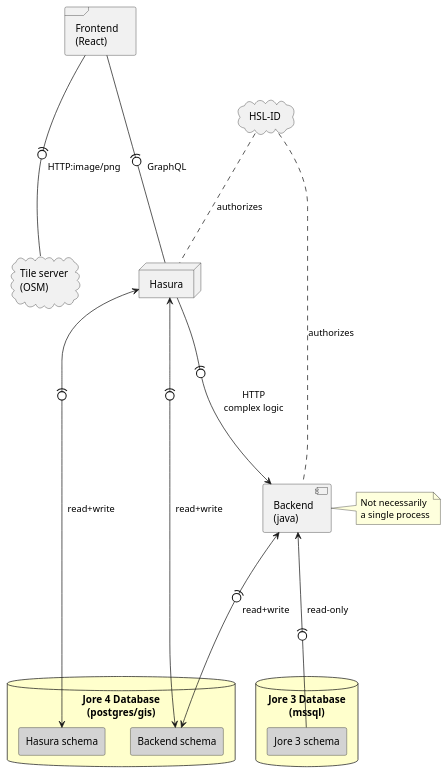
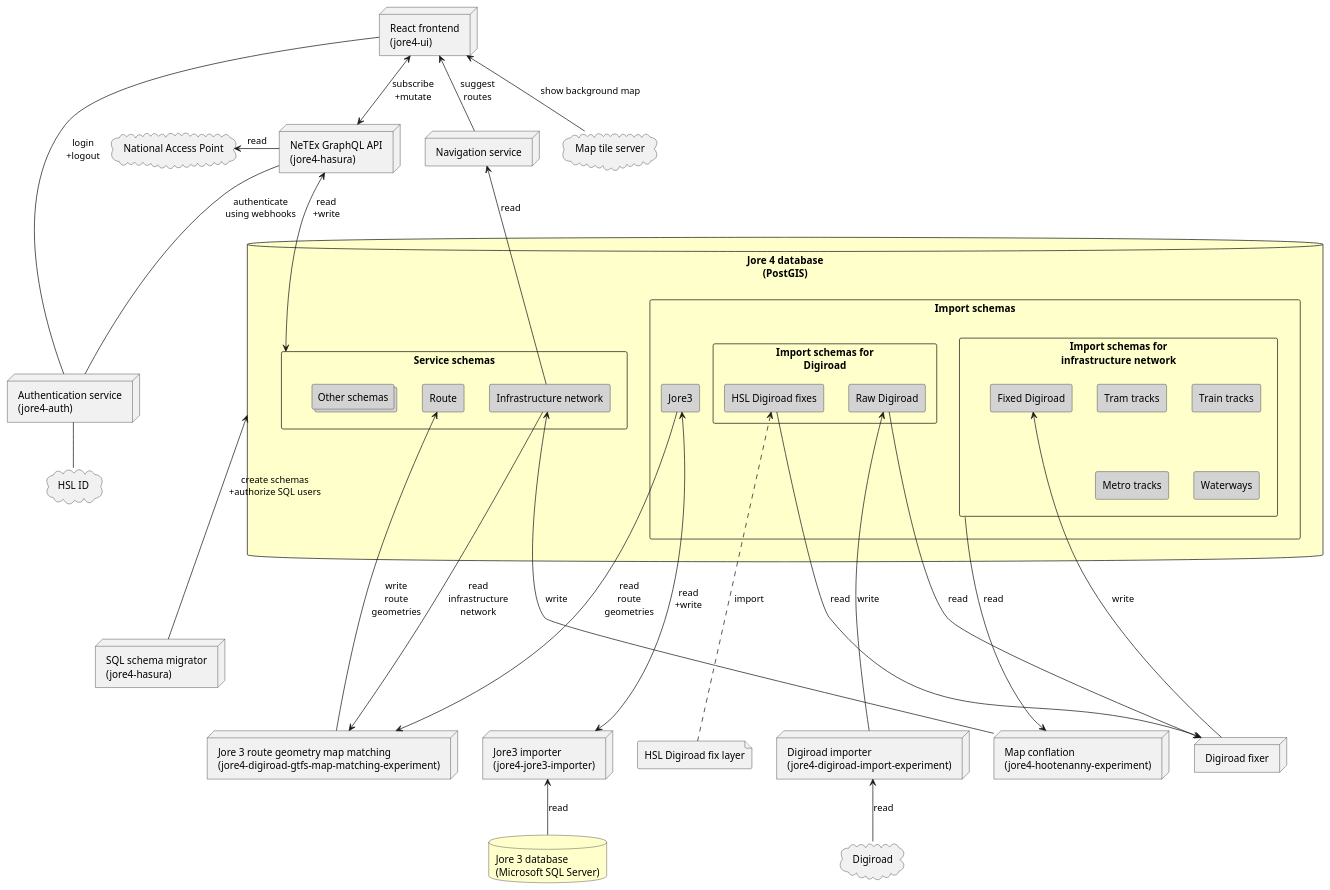
The diagram in wiki/images/architecture.puml (HSLdevcom/jore4), drawn with PlantUML before and after one commit. The commit also changed 1 other file, not shown here.

Commit message:
Update architecture diagram

```diff
--- a/wiki/images/architecture.puml
+++ b/wiki/images/architecture.puml
@@ -1,42 +1,89 @@
 @startuml
-'https://plantuml.com/deployment-diagram
 
-database "Jore 4 Database\n(postgres/gis)" as db #business {
-    rectangle "Hasura schema" as hasuraschema #lightgray
-    rectangle "Backend schema" as backendschema #lightgray
+' Relevant documentation:
+' https://plantuml.com/deployment-diagram
+'
+' Modifying the arrow lengths, e.g. from <--> to <---->, changes the layout
+' dramatically.
+
+'FIXME: maybe later:
+'!includeurl https://raw.githubusercontent.com/HSLdevcom/hsl-plantuml-theme/master/hsl-theme.iuml
+
+database "Jore 4 database\n(PostGIS)" as jore4db #business {
+  rectangle "Import schemas" as importschemas {
+    rectangle "Jore3" as jore3schema #lightgray
+    rectangle "Import schemas for\ninfrastructure network" as importinfrastructurenetworkschemas {
+      rectangle "Fixed Digiroad" as fixeddigiroadschema #lightgray
+      rectangle "Tram tracks" as tramtracknetworkschema #lightgray
+      rectangle "Train tracks" as traintracknetworkschema #lightgray
+      rectangle "Metro tracks" as metrotracknetworkschema #lightgray
+      rectangle "Waterways" as waterwaynetworkschema #lightgray
+    }
+    rectangle "Import schemas for\nDigiroad" as importdigiroadschemas {
+      rectangle "Raw Digiroad" as rawdigiroadschema #lightgray
+      rectangle "HSL Digiroad fixes" as hsldigiroadfixschema #lightgray
+    }
+  }
+  rectangle "Service schemas" as serviceschemas {
+    rectangle "Route" as routeschema #lightgray
+    rectangle "Infrastructure network" as infrastructurenetworkschema #lightgray
+    collections "Other schemas" as otherschemas #lightgray
+  }
 }
 
-database "Jore 3 Database\n(mssql)" as legacydb #business {
-    rectangle "Jore 3 schema" as legacyschema #lightgray
-}
+database "Jore 3 database\n(Microsoft SQL Server)" as jore3db #business
 
-node "Hasura" as hasura
+node "Authentication service\n(jore4-auth)" as jore4auth
+node "Jore3 importer\n(jore4-jore3-importer)" as jore4jore3importer
+node "NeTEx GraphQL API\n(jore4-hasura)" as jore4hasura
+node "React frontend\n(jore4-ui)" as jore4ui
+node "Digiroad importer\n(jore4-digiroad-import-experiment)" as jore4digiroadimportexperiment
+node "Navigation service" as navigation
+node "Jore 3 route geometry map matching\n(jore4-digiroad-gtfs-map-matching-experiment)" as mapmatcher
+node "Digiroad fixer" as digiroadfixer
+node "Map conflation\n(jore4-hootenanny-experiment)" as mapconflation
+node "SQL schema migrator\n(jore4-hasura)" as sqlschemamigrator
 
-frame "Frontend\n(React)" as frontend
+file "HSL Digiroad fix layer" as hsldigiroadfixlayer
 
-component "Backend\n(java)" as backend
+cloud "HSL ID" as hslid
+cloud "Map tile server" as tileserver
+cloud "Digiroad" as digiroad
+cloud "National Access Point" as nap
 
-cloud "HSL-ID" as hslid
+nap <- jore4hasura : read
 
-cloud "Tile server\n(OSM)" as tile
+jore4ui <--> jore4hasura : subscribe\n+mutate
+jore4ui -- jore4auth : "login\n+logout"
+jore4ui <-- tileserver : show background map
+jore4ui <-- navigation : "suggest\nroutes"
 
-note right of backend : Not necessarily\na single process
+navigation <-- infrastructurenetworkschema : read
 
-frontend --(0-- hasura : GraphQL
+jore4auth -- hslid
+jore4hasura -- jore4auth : authenticate\nusing webhooks
 
-frontend --(0-- tile : HTTP:image/png
+jore4hasura <--> serviceschemas : read\n+write
 
-hasura <--(0--> backendschema : read+write
+jore4jore3importer <-- jore3db : read
+jore3schema <----> jore4jore3importer : read\n+write
 
-hasura <--(0--> hasuraschema : read+write
+infrastructurenetworkschema ----> mapmatcher : read\ninfrastructure\nnetwork
+jore3schema ----> mapmatcher : read\nroute\ngeometries
+routeschema <---- mapmatcher : write\nroute\ngeometries
 
-backend <--(0--> backendschema : read+write
+rawdigiroadschema ----> digiroadfixer : read
+hsldigiroadfixschema ----> digiroadfixer : read
+fixeddigiroadschema <---- digiroadfixer : write
 
-backend <--(0-- legacyschema : read-only
+jore4digiroadimportexperiment <-- digiroad : read
+rawdigiroadschema <---- jore4digiroadimportexperiment : write
 
-hasura --(0--> backend : "HTTP\ncomplex logic"
+jore4db <--- sqlschemamigrator : "create schemas\n+authorize SQL users"
 
-hslid ... backend : authorizes
-hslid ... hasura : authorizes
+importinfrastructurenetworkschemas ----> mapconflation : read
+infrastructurenetworkschema <---- mapconflation : write
+
+hsldigiroadfixschema <.... hsldigiroadfixlayer : import
 
 @enduml
```
